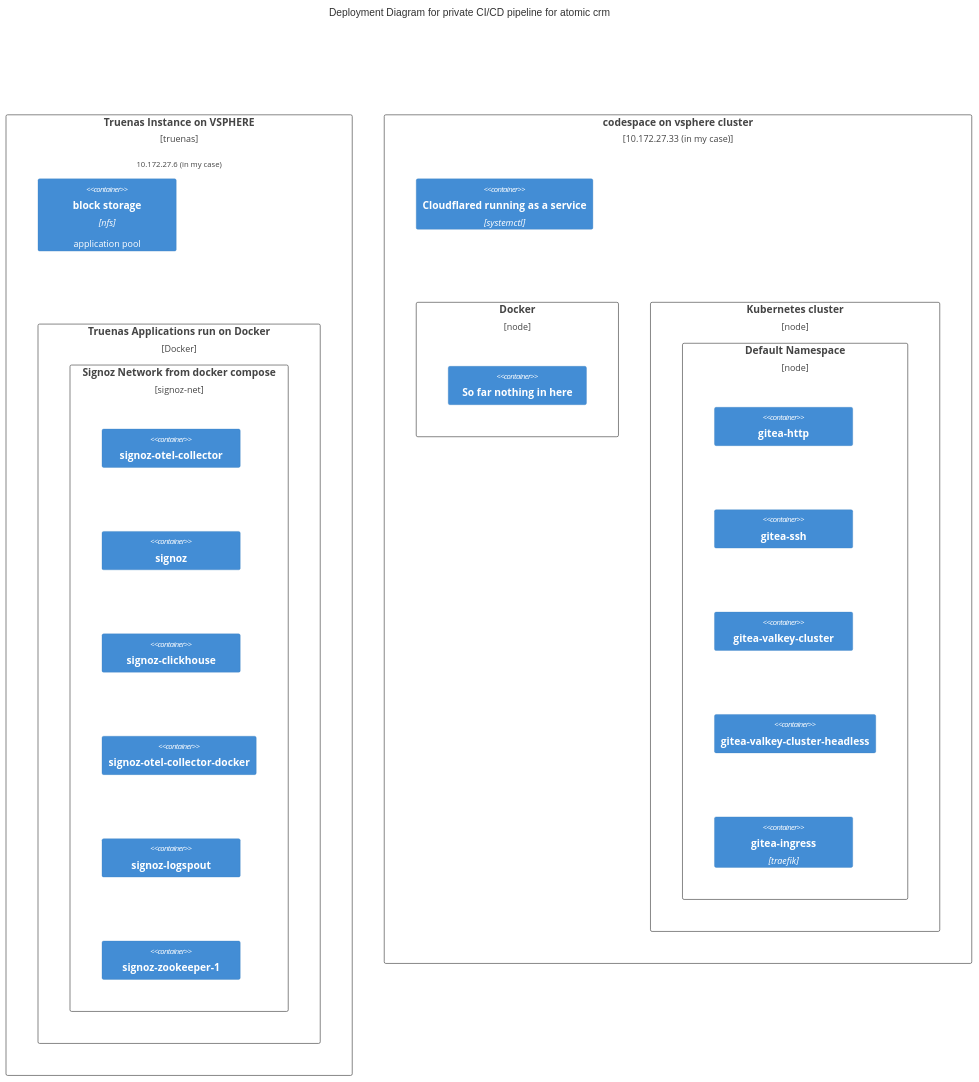
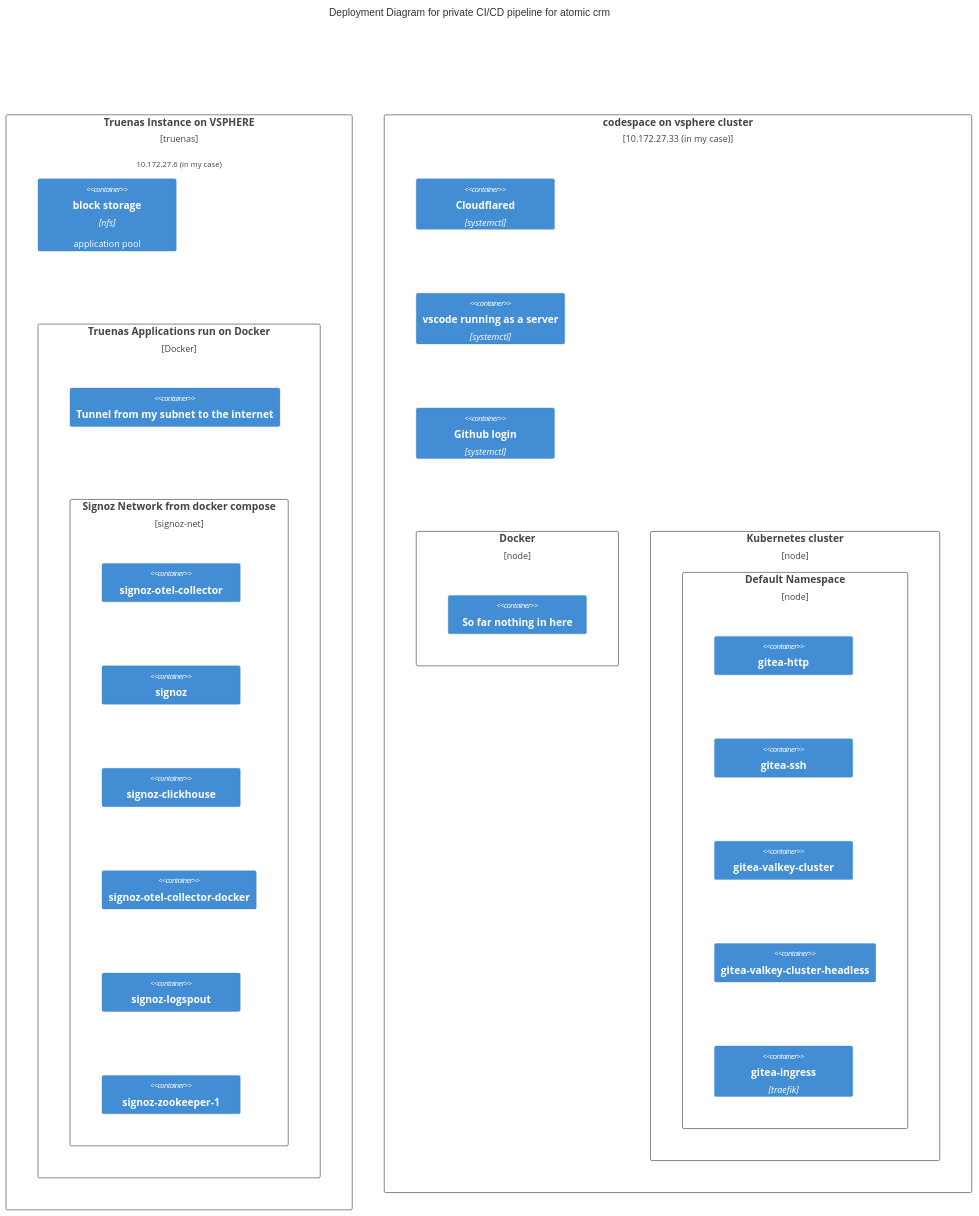
One commit to ojaydiddy-git/Assignment-4---CI-CD-on-K8s changed the diagram in README.md. Above: the diagram before and after it, drawn with Mermaid.

Commit message:
add code-server and oauth-proxy

````diff
--- a/README.md
+++ b/README.md
@@ -14,39 +14,42 @@
 ```mermaid
     C4Deployment
     title Deployment Diagram for private CI/CD pipeline for atomic crm
 
     Deployment_Node(truenas, "Truenas Instance on VSPHERE", "truenas", "10.172.27.6 (in my case)"){
         Container(nfs, "block storage", "nfs","application pool")
         Deployment_Node(docker, "Truenas Applications run on Docker", "Docker"){
-            Container(cloudflared, "Tunnel from my subnet to the internet", "JavaScript and Angular", "Provides all of the Internet Banking functionality to customers via their web browser.")
+            Container(cloudflared-docker-image, "Tunnel from my subnet to the internet")
             Deployment_Node("signoz-net", "Signoz Network from docker compose", "signoz-net"){
                 Container("signoz-otel-collector","signoz-otel-collector")
                 Container("signoz", "signoz")
                 Container("signoz-clickhouse","signoz-clickhouse")
                 Container("signoz-otel-collector-docker", "signoz-otel-collector-docker")
                 Container("signoz-logspout", "signoz-logspout")
                 Container("signoz-zookeeper-1", "signoz-zookeeper-1")
 
             }
 
         }
 
         
     }
 
     Deployment_Node(ubuntu, "codespace on vsphere cluster", "10.172.27.33 (in my case)"){
-        Container(cloudflared, "Cloudflared running as a service", "systemctl")
+        Container(cloudflared-systemd, "Cloudflared", "systemctl")
+        Container(code-server, "vscode running as a server", "systemctl")
+        Container(oauth-proxy, "Github login", "systemctl")
+
         Deployment_Node(alsodocker, "Docker"){
             Container(na, "So far nothing in here")
         }
         Deployment_Node(kubernetes, "Kubernetes cluster"){
             Deployment_Node(default, "Default Namespace"){
                 Container(gitea-http, "gitea-http")
                 Container(gitea-ssh, "gitea-ssh")
                 Container(gitea-valkey-cluster, "gitea-valkey-cluster")
                 Container(gitea-valkey-cluster-headless, "gitea-valkey-cluster-headless")
                 Container(gitea-ingress, "gitea-ingress", "traefik")
             }
         }
     }
 ```
````
